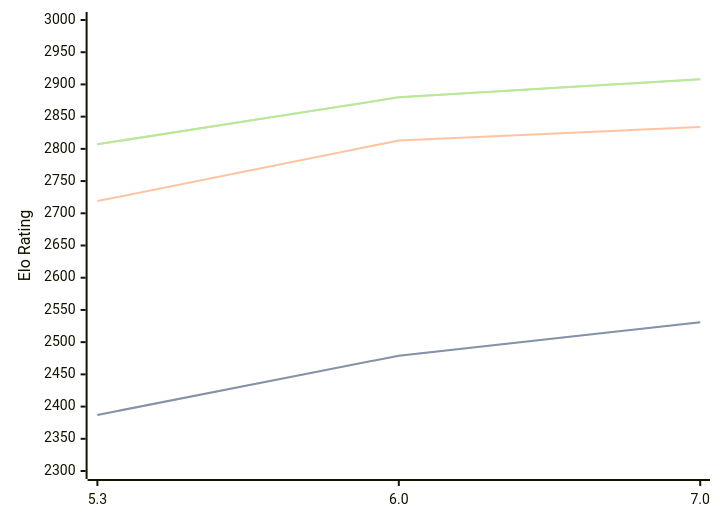
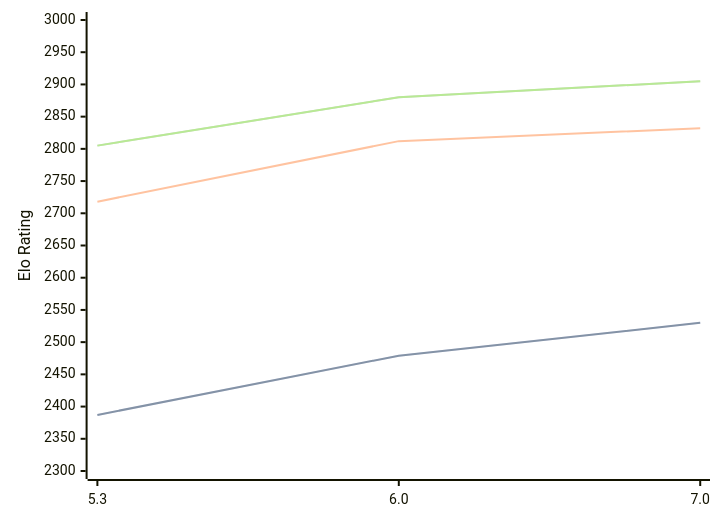
Before and after one commit to computer-chess-index/cci: the diagram in engines/tomitankChess.md, drawn with Mermaid. The commit also changed other lines of this file, not shown here.

Commit message:
Update CCI Ratings (ELO VLTC) - 2026-08-28

````diff
--- a/engines/tomitankChess.md
+++ b/engines/tomitankChess.md
@@ -33,11 +33,11 @@
 ```mermaid
 %%{init: {"theme":"base","themeVariables":{"seriesColors:['#a3a3a3','#222221','#faa371']}}}%%
 xychart-beta
   x-axis ["5.3", "6.0", "7.0"]
   y-axis "Elo Rating" 2300 --> 3000
-  line "" [2387, 2479, 2531]
-  line "STC (8.0+0.08s)" [2387, 2479, 2531]
-  line "LTC (60.0+0.60s)" [2719, 2813, 2834]
-  line "" [2807, 2880, 2908]
-  line "VLTC (2m24s+1.12s)" [2807, 2880, 2908]
+  line "" [2387, 2479, 2530]
+  line "STC (8.0+0.08s)" [2387, 2479, 2530]
+  line "LTC (60.0+0.60s)" [2718, 2812, 2832]
+  line "" [2805, 2880, 2905]
+  line "VLTC (2m24s+1.12s)" [2805, 2880, 2905]
 ```
````
